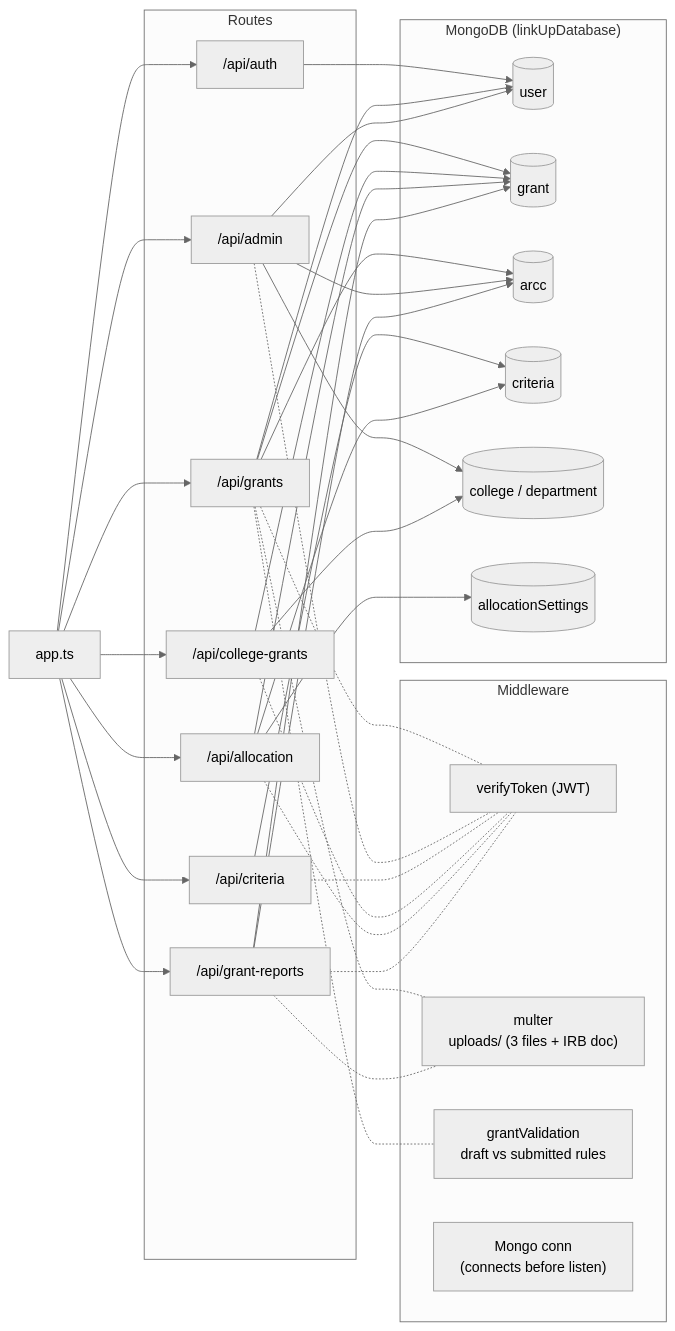
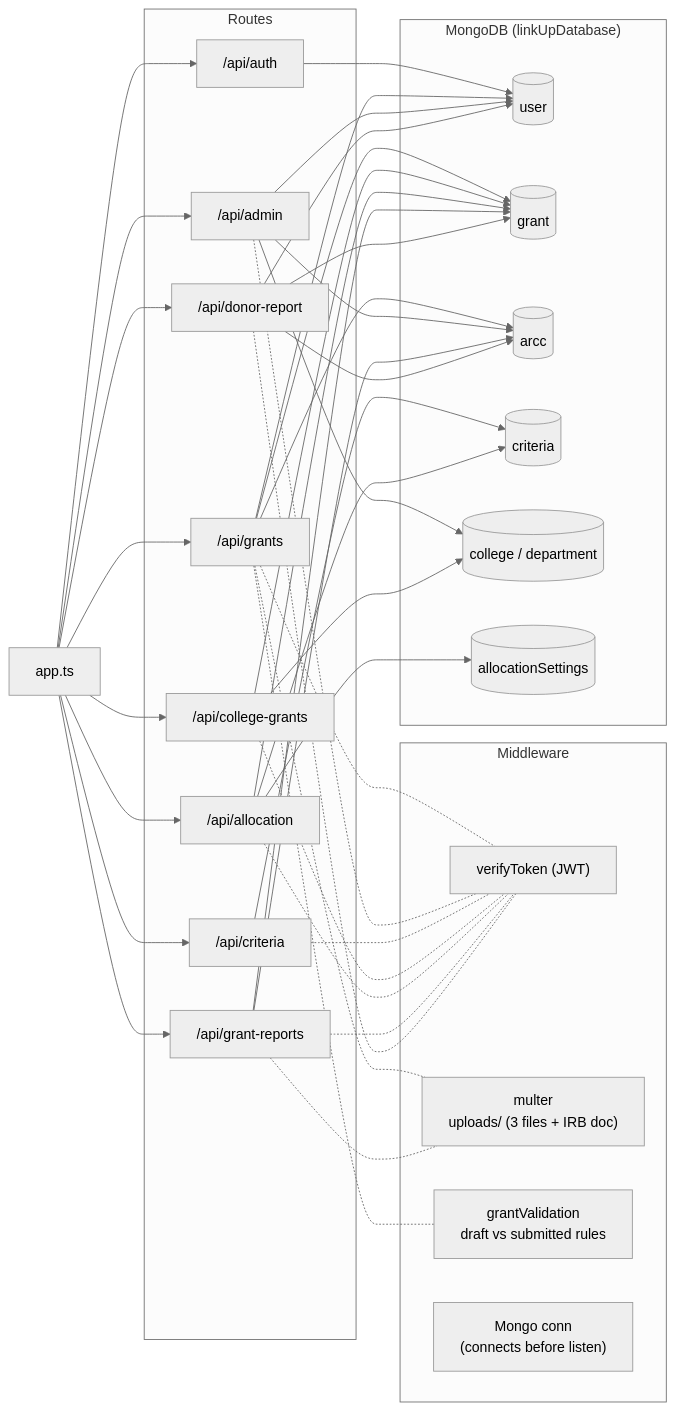
One commit to jayantiacharya/grant-management-system changed the third of 8 diagrams in docs/architecture.md. Above: the diagram before and after it, drawn with Mermaid (neutral theme). The commit also changed other lines of this file and 3 other files, not shown here.

First line of the commit message:
docs: sync donor report, grant questions, and accounting gate

````diff
--- a/docs/architecture.md
+++ b/docs/architecture.md
@@ -78,46 +79,49 @@
 ```mermaid
 flowchart LR
     APP["app.ts"]
 
     subgraph Middleware
         VERIFY["verifyToken (JWT)"]
         MULTER["multer<br/>uploads/ (3 files + IRB doc)"]
         VALID["grantValidation<br/>draft vs submitted rules"]
         CONN["Mongo conn<br/>(connects before listen)"]
     end
 
     subgraph Routes
         AUTHR["/api/auth"]
         GRANTR["/api/grants"]
         ADMINR["/api/admin"]
         CRITR["/api/criteria"]
         CGR["/api/college-grants"]
         ALLOCR["/api/allocation"]
         GRPTR["/api/grant-reports"]
+        DONORR["/api/donor-report"]
     end
 
     subgraph Collections ["MongoDB (linkUpDatabase)"]
         CUSER[("user")]
         CGRANT[("grant")]
         CARCC[("arcc")]
         CCRIT[("criteria")]
         CCOLL[("college / department")]
         CALLOC[("allocationSettings")]
     end
 
-    APP --> AUTHR & GRANTR & ADMINR & CRITR & CGR & ALLOCR & GRPTR
+    APP --> AUTHR & GRANTR & ADMINR & CRITR & CGR & ALLOCR & GRPTR & DONORR
     GRANTR -.- VERIFY & VALID & MULTER
     ADMINR -.- VERIFY
     CRITR -.- VERIFY
     CGR -.- VERIFY
     ALLOCR -.- VERIFY
     GRPTR -.- VERIFY & MULTER
+    DONORR -.- VERIFY
 
     AUTHR --> CUSER
     GRANTR --> CGRANT & CARCC & CUSER
     ADMINR --> CCOLL & CARCC & CUSER
     CRITR --> CCRIT
     CGR --> CGRANT & CCOLL
     ALLOCR --> CGRANT & CCRIT & CALLOC
     GRPTR --> CGRANT & CARCC
+    DONORR --> CGRANT & CUSER & CARCC
 ```
````
